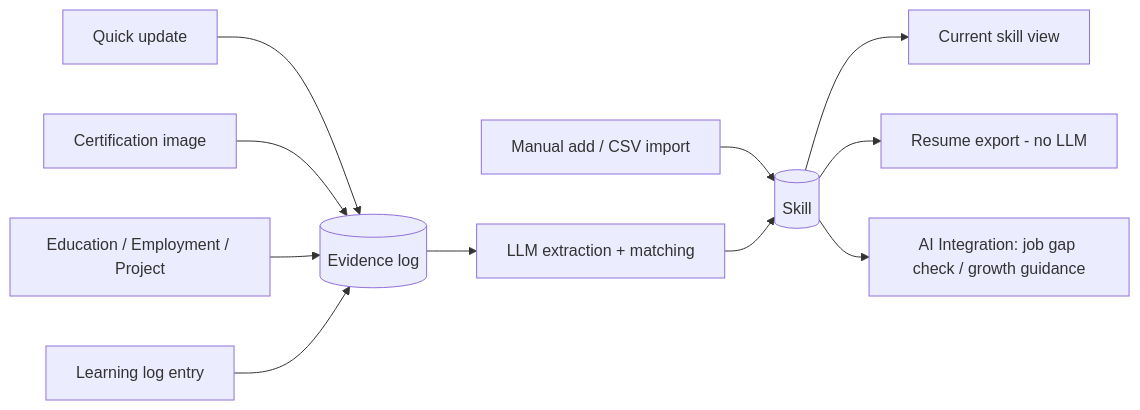
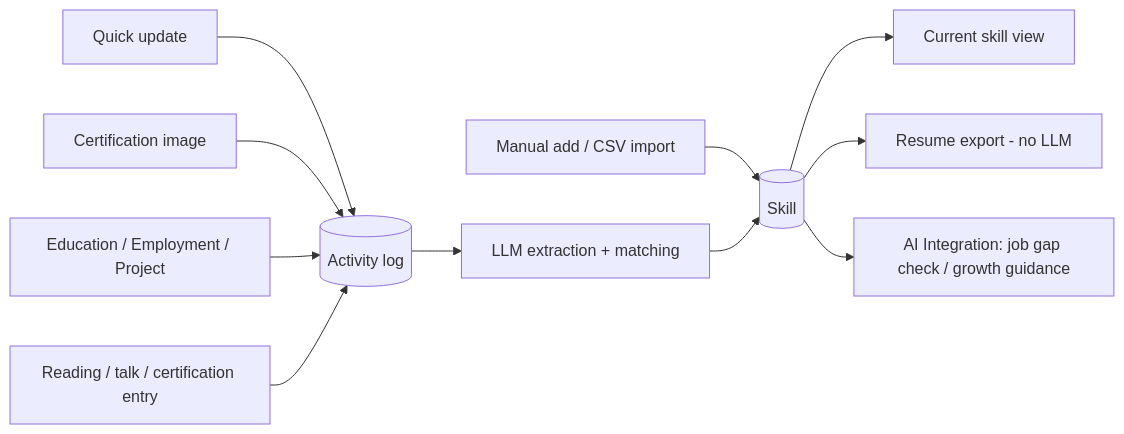
Before and after one commit to tkm112345/skillgrowth: the diagram in README.md, drawn with Mermaid. The commit also changed other lines of this file and 21 other files, not shown here.

````diff
--- a/README.md
+++ b/README.md
@@ -15,13 +15,13 @@
 ```mermaid
 flowchart LR
-  U1[Quick update] --> E[(Evidence log)]
+  U1[Quick update] --> E[(Activity log)]
   U2[Certification image] --> E
   U3[Education / Employment / Project] --> E
-  U4[Learning log entry] --> E
+  U4[Reading / talk / certification entry] --> E
   U5[Manual add / CSV import] --> S[(Skill)]
   E --> L[LLM extraction + matching]
   L --> S
   S --> V[Current skill view]
   S --> X[Resume export - no LLM]
   S --> G[AI Integration: job gap check / growth guidance]
 ```
````
